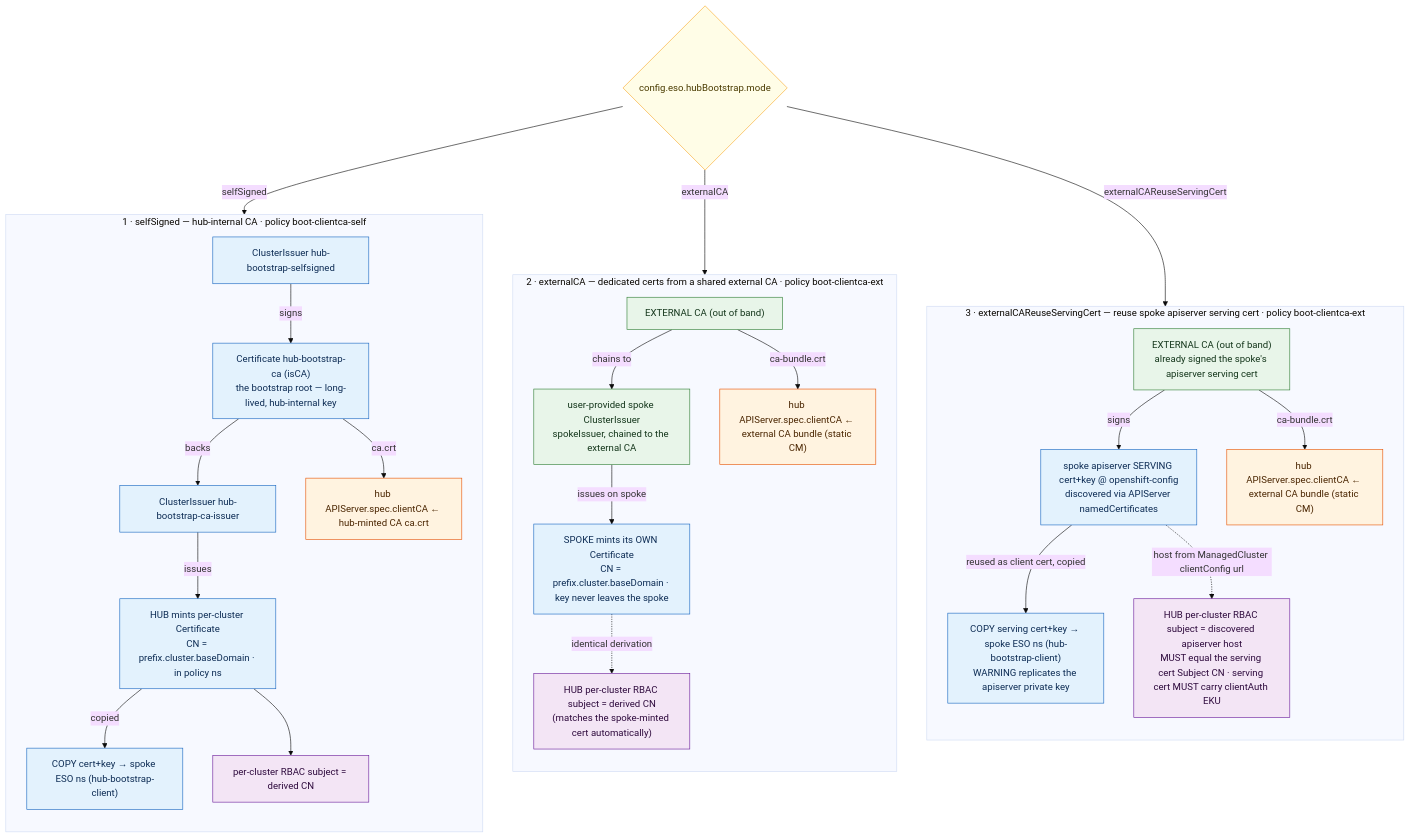
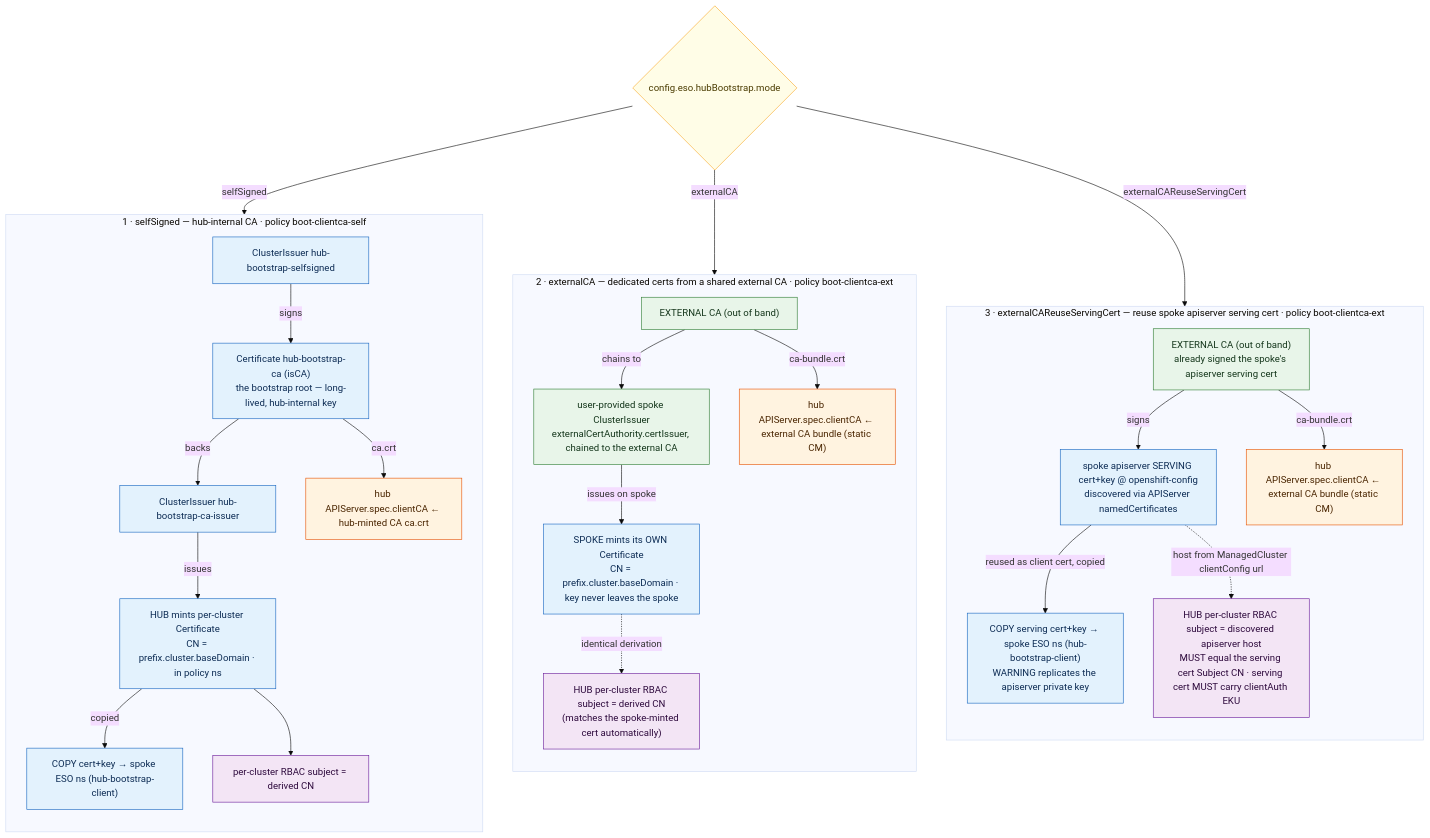
One commit to auto-shift/autoshiftv2 changed the third of 3 diagrams in policies/stable/external-secrets-operator/README.md. Above: the diagram before and after it, drawn with Mermaid (base theme). The commit also changed other lines of this file and 9 other files, not shown here.

````diff
--- a/policies/stable/external-secrets-operator/README.md
+++ b/policies/stable/external-secrets-operator/README.md
@@ -1027,52 +1052,52 @@
 ```mermaid
 flowchart TB
   classDef mint fill:#e3f2fd,stroke:#1565c0,color:#0d2c54;
   classDef ext  fill:#e8f5e9,stroke:#2e7d32,color:#14361b;
   classDef wire fill:#fff3e0,stroke:#e65100,color:#4a2500;
   classDef rbac fill:#f3e5f5,stroke:#6a1b9a,color:#2e0a3d;
   classDef dec  fill:#fffde7,stroke:#f9a825,color:#4a3b00;
 
   MODE{"config.eso.hubBootstrap.mode"}:::dec
 
   subgraph M1["1 · selfSigned — hub-internal CA · policy boot-clientca-self"]
     direction TB
     A1["ClusterIssuer hub-bootstrap-selfsigned"]:::mint
     A2["Certificate hub-bootstrap-ca (isCA)<br/>the bootstrap root — long-lived, hub-internal key"]:::mint
     A3["ClusterIssuer hub-bootstrap-ca-issuer"]:::mint
     A4["HUB mints per-cluster Certificate<br/>CN = prefix.cluster.baseDomain · in policy ns"]:::mint
     A5["COPY cert+key → spoke ESO ns (hub-bootstrap-client)"]:::mint
     AW["hub APIServer.spec.clientCA ← hub-minted CA ca.crt"]:::wire
     AR["per-cluster RBAC subject = derived CN"]:::rbac
     A1 -->|signs| A2 -->|backs| A3 -->|issues| A4 -->|copied| A5
     A2 -->|ca.crt| AW
     A4 --> AR
   end
 
   subgraph M2["2 · externalCA — dedicated certs from a shared external CA · policy boot-clientca-ext"]
     direction TB
     B0["EXTERNAL CA (out of band)"]:::ext
-    B1["user-provided spoke ClusterIssuer<br/>spokeIssuer, chained to the external CA"]:::ext
+    B1["user-provided spoke ClusterIssuer<br/>externalCertAuthority.certIssuer, chained to the external CA"]:::ext
     B2["SPOKE mints its OWN Certificate<br/>CN = prefix.cluster.baseDomain · key never leaves the spoke"]:::mint
     BW["hub APIServer.spec.clientCA ← external CA bundle (static CM)"]:::wire
     BR["HUB per-cluster RBAC subject = derived CN<br/>(matches the spoke-minted cert automatically)"]:::rbac
     B0 -->|chains to| B1 -->|issues on spoke| B2
     B0 -->|ca-bundle.crt| BW
     B2 -. identical derivation .-> BR
   end
 
   subgraph M3["3 · externalCAReuseServingCert — reuse spoke apiserver serving cert · policy boot-clientca-ext"]
     direction TB
     C0["EXTERNAL CA (out of band)<br/>already signed the spoke's apiserver serving cert"]:::ext
     C1["spoke apiserver SERVING cert+key @ openshift-config<br/>discovered via APIServer namedCertificates"]:::mint
     C2["COPY serving cert+key → spoke ESO ns (hub-bootstrap-client)<br/>WARNING replicates the apiserver private key"]:::mint
     CW["hub APIServer.spec.clientCA ← external CA bundle (static CM)"]:::wire
     CR["HUB per-cluster RBAC subject = discovered apiserver host<br/>MUST equal the serving cert Subject CN · serving cert MUST carry clientAuth EKU"]:::rbac
     C0 -->|signs| C1 -->|reused as client cert, copied| C2
     C0 -->|ca-bundle.crt| CW
     C1 -. host from ManagedCluster clientConfig url .-> CR
   end
 
   MODE -->|selfSigned| M1
   MODE -->|externalCA| M2
   MODE -->|externalCAReuseServingCert| M3
 ```
````
